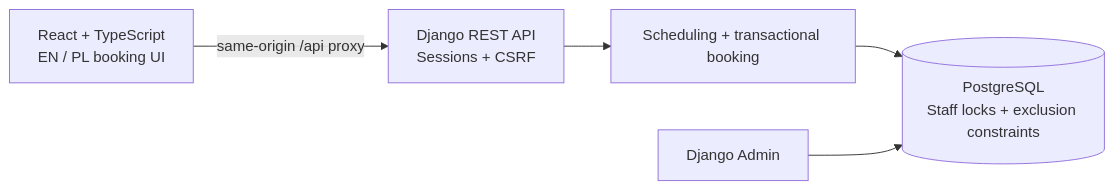
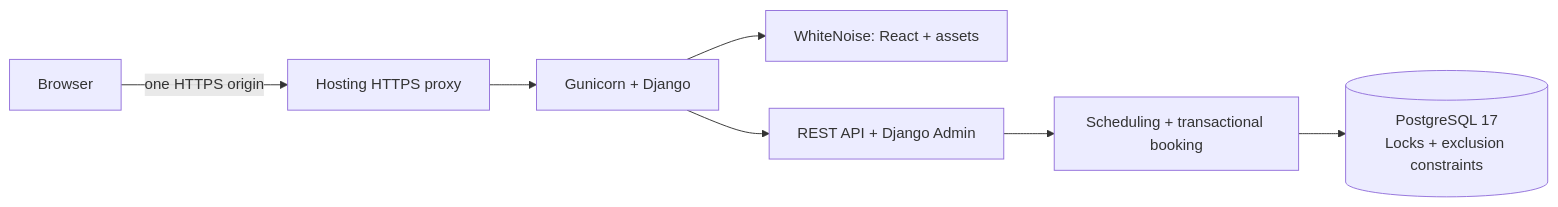
One commit to Daniil-std/barber-booking changed the diagram in README.md. Above: the diagram before and after it, drawn with Mermaid. The commit also changed other lines of this file and 37 other files, not shown here.

````diff
--- a/README.md
+++ b/README.md
@@ -34,7 +36,9 @@
 ```mermaid
 flowchart LR
-    UI[React + TypeScript<br/>EN / PL booking UI] -->|same-origin /api proxy| API[Django REST API<br/>Sessions + CSRF]
-    API --> S[Scheduling + transactional booking]
-    S --> DB[(PostgreSQL<br/>Staff locks + exclusion constraints)]
-    ADMIN[Django Admin] --> DB
+    Browser -->|one HTTPS origin| Proxy[Hosting HTTPS proxy]
+    Proxy --> Web[Gunicorn + Django]
+    Web --> Static[WhiteNoise: React + assets]
+    Web --> API[REST API + Django Admin]
+    API --> Booking[Scheduling + transactional booking]
+    Booking --> DB[(PostgreSQL 17<br/>Locks + exclusion constraints)]
 ```
````
